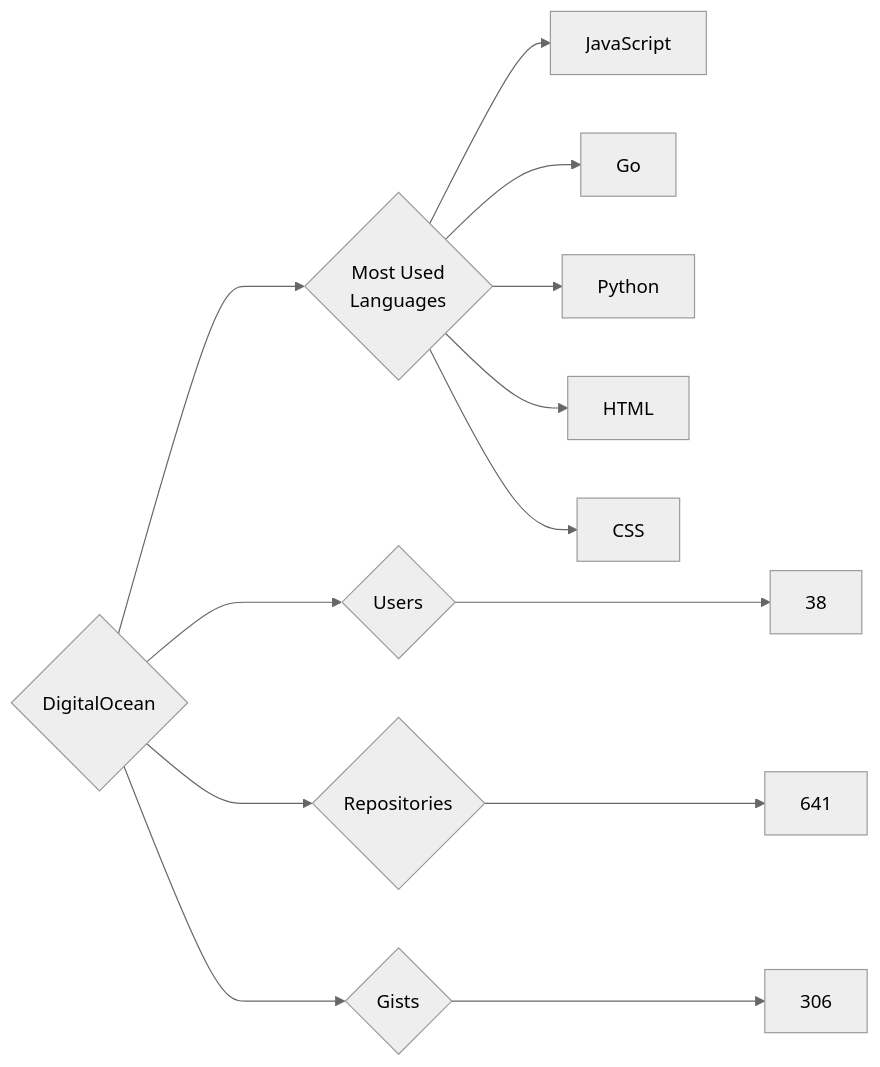
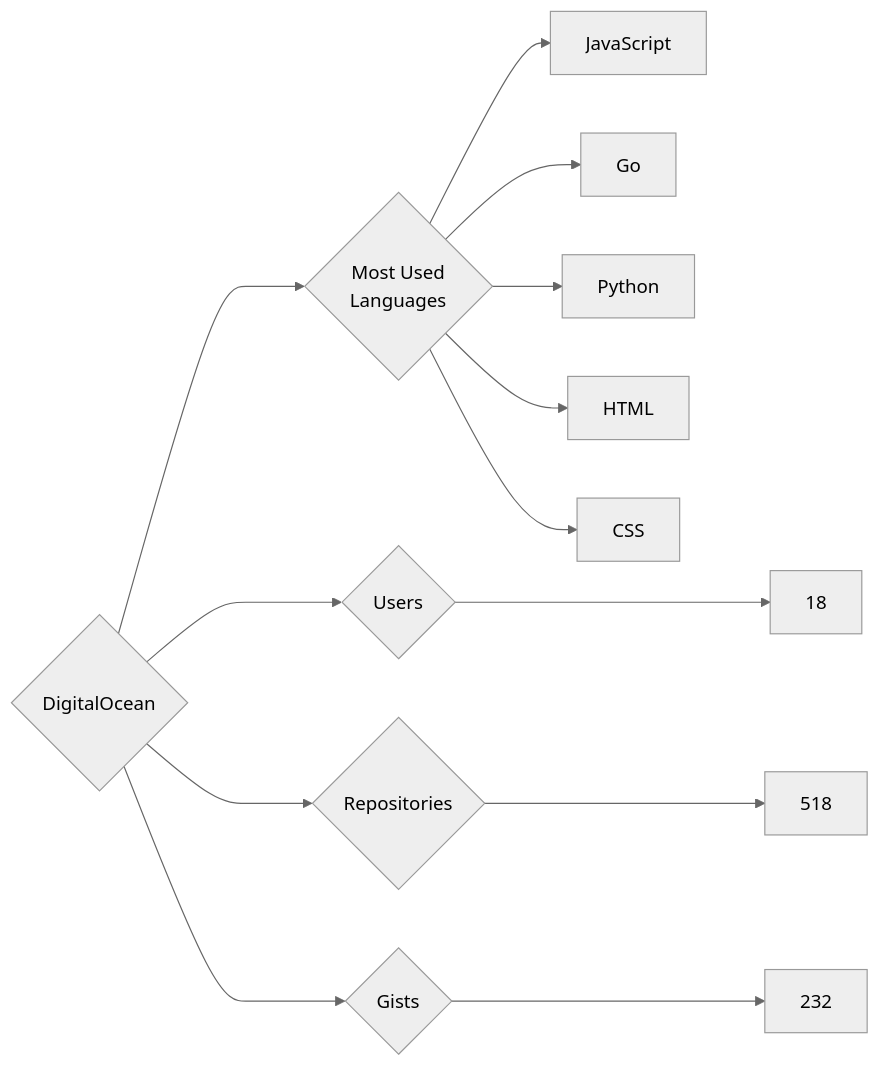
One commit to trickest/insiders changed the diagram in targets/DigitalOcean/README.md. Above: the diagram before and after it, drawn with Mermaid (neutral theme). The commit also changed 775 other files, not shown here.

````diff
--- a/targets/DigitalOcean/README.md
+++ b/targets/DigitalOcean/README.md
@@ -3,13 +3,13 @@
 ```mermaid
 graph LR
 COMPANY_NAME{DigitalOcean}
-COMPANY_NAME ---> U{Users} ---> UN[38]
-COMPANY_NAME ---> R{Repositories} ---> RN[641]
-COMPANY_NAME ---> G{Gists} ---> GN[306]
+COMPANY_NAME ---> U{Users} ---> UN[18]
+COMPANY_NAME ---> R{Repositories} ---> RN[518]
+COMPANY_NAME ---> G{Gists} ---> GN[232]
 COMPANY_NAME ---> ML{Most Used<br>Languages}
 ML --> JavaScript[JavaScript]
 ML --> Go[Go]
 ML --> Python[Python]
 ML --> HTML[HTML]
 ML --> CSS[CSS]
 ```
````
